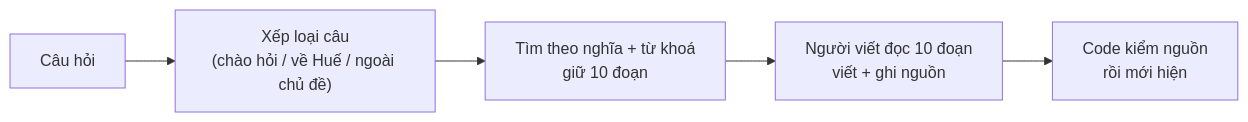
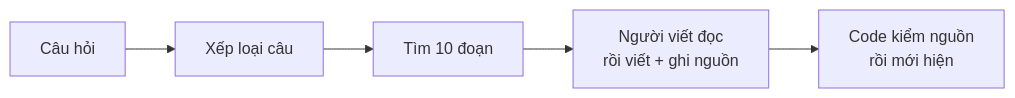
Before and after one commit to Sunny-sunnyy/chatbot-hue: the second of 2 diagrams in bai_hoc/00_HUE_RAG_TRONG_3_PHUT.md, drawn with Mermaid. The commit also changed other lines of this file and 4 other files, not shown here.

````diff
--- a/bai_hoc/00_HUE_RAG_TRONG_3_PHUT.md
+++ b/bai_hoc/00_HUE_RAG_TRONG_3_PHUT.md
@@ -44,7 +78,7 @@
 ```mermaid
 flowchart LR
-    Q["Câu hỏi"] --> R["Xếp loại câu<br/>(chào hỏi / về Huế / ngoài chủ đề)"]
-    R --> S["Tìm theo nghĩa + từ khoá<br/>giữ 10 đoạn"]
-    S --> G["Người viết đọc 10 đoạn<br/>viết + ghi nguồn"]
+    Q["Câu hỏi"] --> R["Xếp loại câu"]
+    R --> S["Tìm 10 đoạn"]
+    S --> G["Người viết đọc<br/>rồi viết + ghi nguồn"]
     G --> K["Code kiểm nguồn<br/>rồi mới hiện"]
 ```
````
